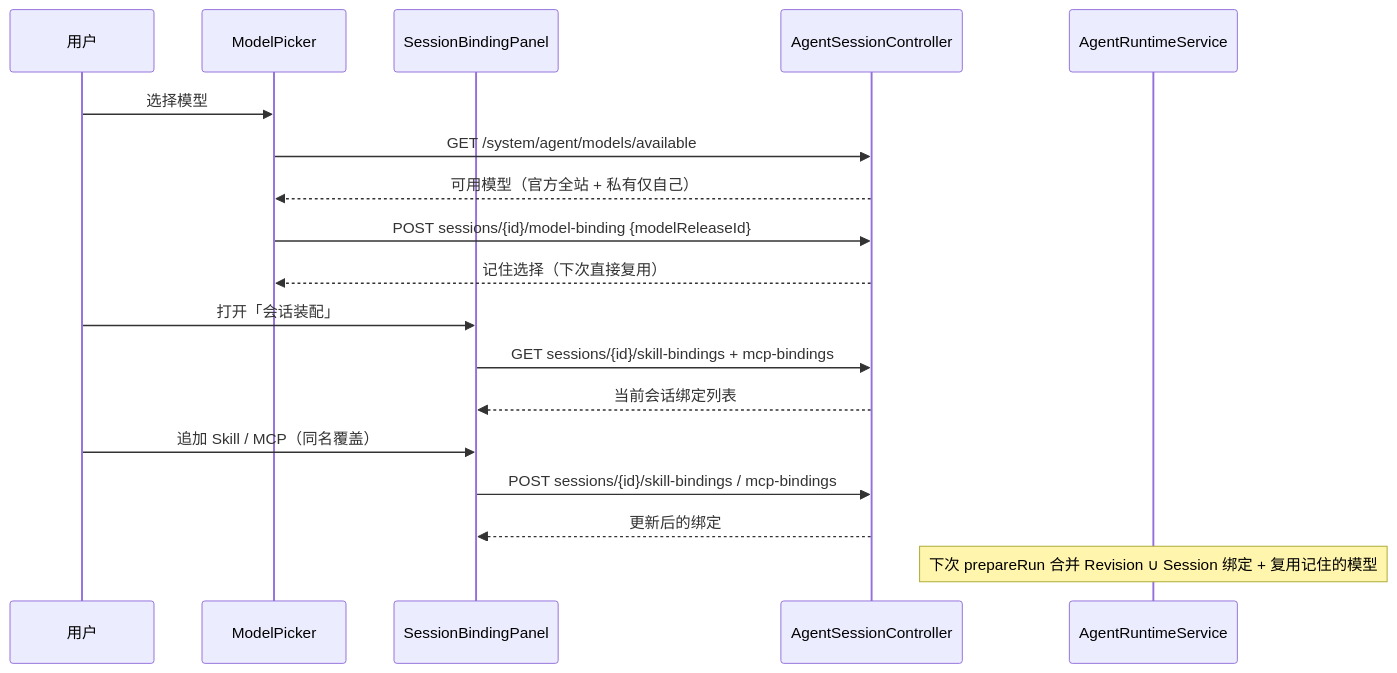
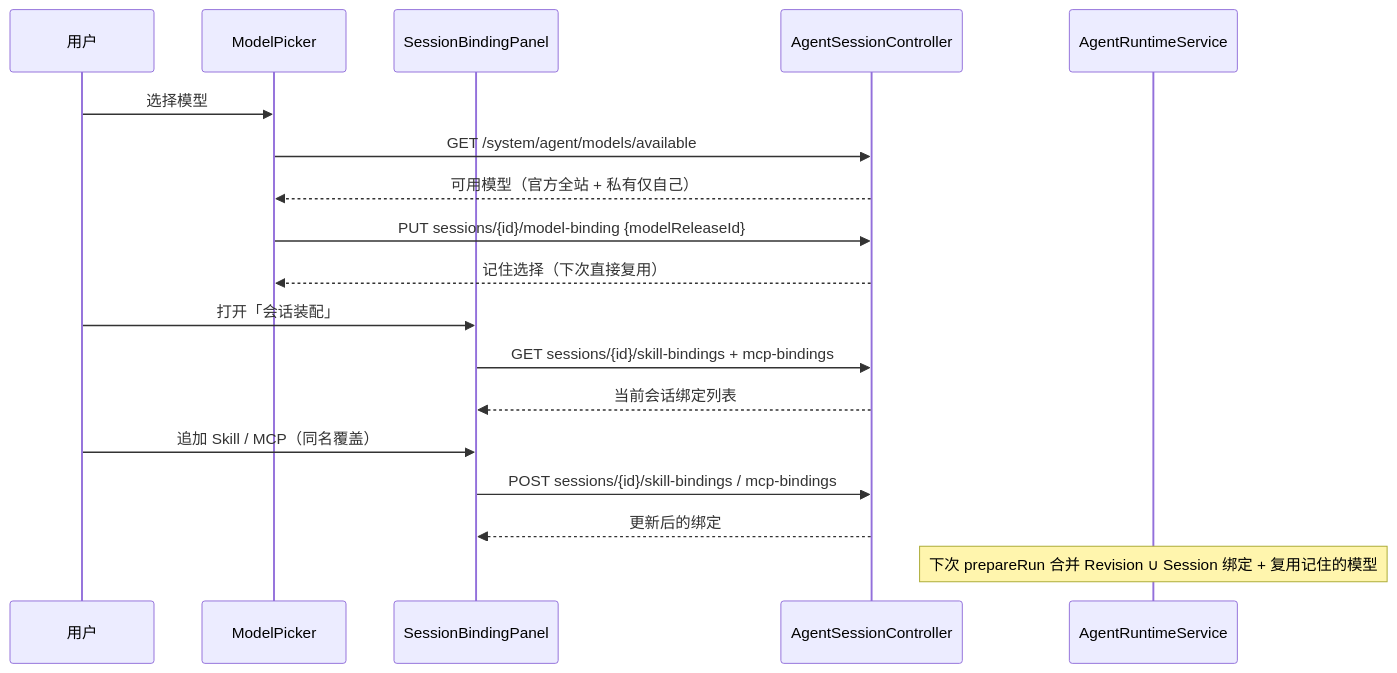
One commit to wzerf/code-temp changed the sixth of 7 diagrams in docs/agent-conversation-architecture.md. Above: the diagram before and after it, drawn with Mermaid. The commit also changed other lines of this file and 23 other files, not shown here.

First line of the commit message:
feat(agent): 会话模型选择改写入 agent_session.model_release_id

````diff
--- a/docs/agent-conversation-architecture.md
+++ b/docs/agent-conversation-architecture.md
@@ -408,22 +408,22 @@
 ```mermaid
 sequenceDiagram
     participant U as 用户
     participant MP as ModelPicker
     participant P as SessionBindingPanel
     participant API as AgentSessionController
     participant RT as AgentRuntimeService
 
     U->>MP: 选择模型
     MP->>API: GET /system/agent/models/available
     API-->>MP: 可用模型（官方全站 + 私有仅自己）
-    MP->>API: POST sessions/{id}/model-binding {modelReleaseId}
+    MP->>API: PUT sessions/{id}/model-binding {modelReleaseId}
     API-->>MP: 记住选择（下次直接复用）
 
     U->>P: 打开「会话装配」
     P->>API: GET sessions/{id}/skill-bindings + mcp-bindings
     API-->>P: 当前会话绑定列表
     U->>P: 追加 Skill / MCP（同名覆盖）
     P->>API: POST sessions/{id}/skill-bindings / mcp-bindings
     API-->>P: 更新后的绑定
     Note over RT: 下次 prepareRun 合并 Revision ∪ Session 绑定 + 复用记住的模型
 ```
````
